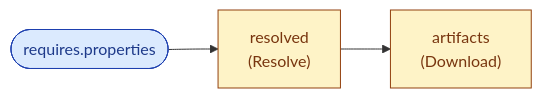
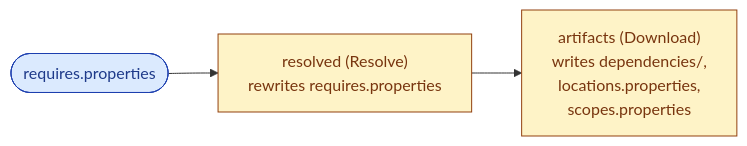
One commit to raphw/jenesis changed the third of 6 diagrams in README.md. Above: the diagram before and after it, drawn with Mermaid. The commit also changed other lines of this file, not shown here.

````diff
--- a/README.md
+++ b/README.md
@@ -843,10 +847,10 @@
 ```mermaid
 flowchart LR
   classDef input fill:#dbeafe,stroke:#1e40af,color:#1e3a8a;
   classDef step fill:#fef3c7,stroke:#92400e,color:#78350f;
   deps(["requires.properties"]):::input
-  resolved["resolved<br/>(Resolve)"]:::step
-  artifacts["artifacts<br/>(Download)"]:::step
+  resolved["resolved (Resolve)<br/>rewrites requires.properties"]:::step
+  artifacts["artifacts (Download)<br/>writes dependencies/,<br/>locations.properties,<br/>scopes.properties"]:::step
   deps --> resolved
   resolved --> artifacts
 ```
````
